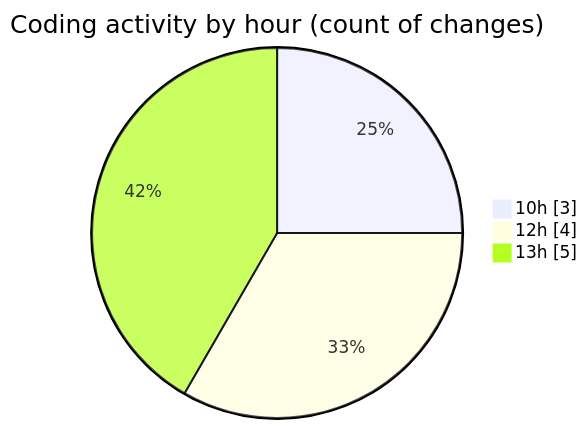
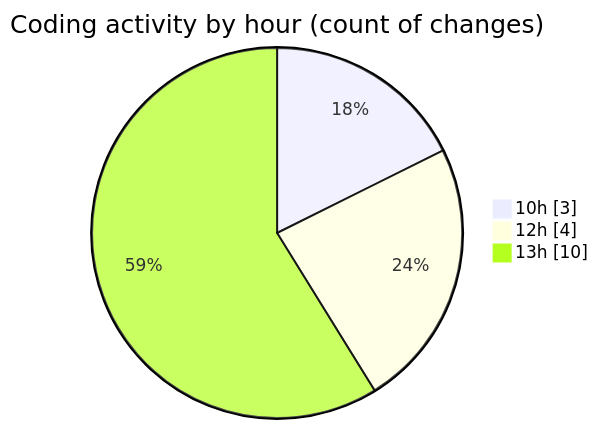
The second of 2 diagrams in 2025-10-27/cda/README.md (momahboobian/code-tracking), drawn with Mermaid before and after one commit. The commit also changed other lines of this file and 1 other file, not shown here.

````diff
--- a/2025-10-27/cda/README.md
+++ b/2025-10-27/cda/README.md
@@ -35,7 +35,7 @@
 ```mermaid
 pie showData
 title Coding activity by hour (count of changes)
 "10h" : 3
 "12h" : 4
-"13h" : 5
+"13h" : 10
 ```
````
